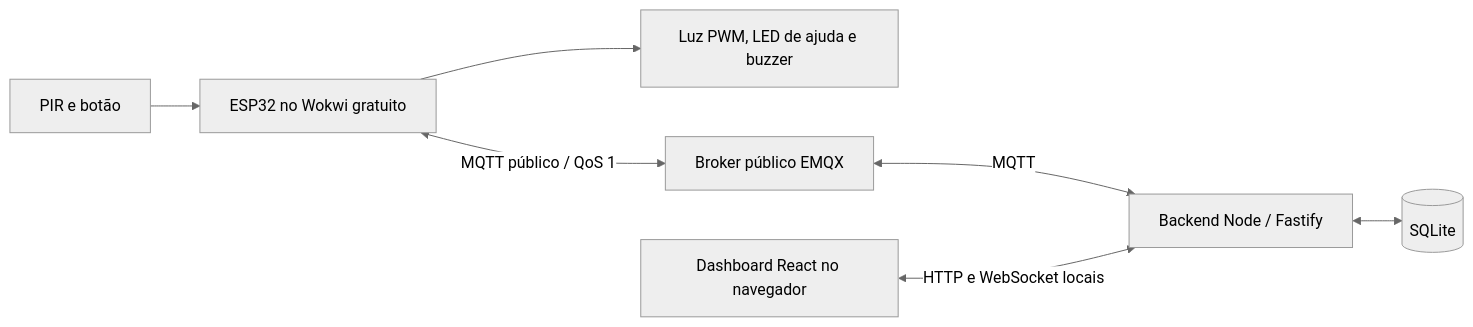
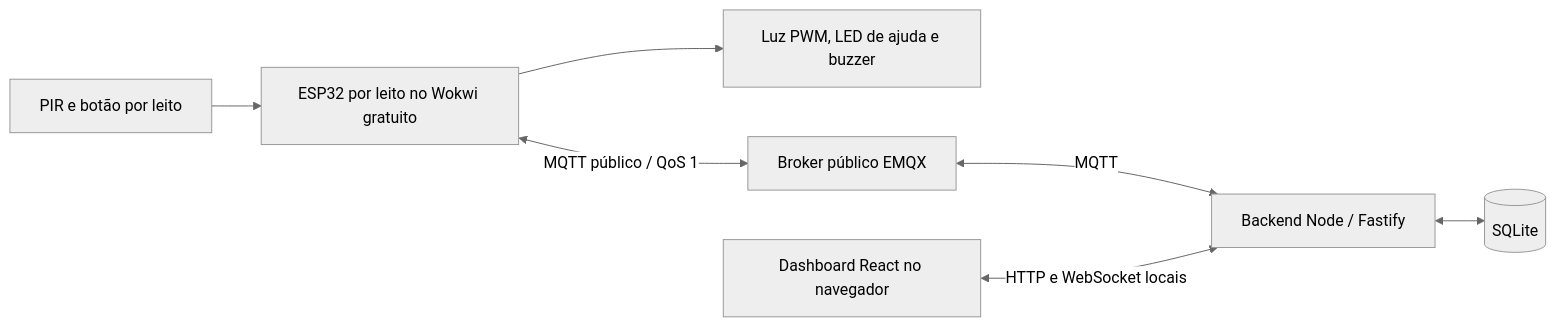
The diagram in README.md (4hoshua/NightCare), drawn with Mermaid (neutral theme) before and after one commit. The commit also changed other lines of this file and 32 other files, not shown here.

Commit message:
feat: adiciona dispositivos por leito e manuais separados

````diff
--- a/README.md
+++ b/README.md
@@ -92,9 +117,9 @@
 ```mermaid
 flowchart LR
-  PIR[PIR e botão] --> ESP[ESP32 no Wokwi gratuito]
+  PIR[PIR e botão por leito] --> ESP[ESP32 por leito no Wokwi gratuito]
   ESP --> OUT[Luz PWM, LED de ajuda e buzzer]
   ESP <-->|MQTT público / QoS 1| BROKER[Broker público EMQX]
   BROKER <-->|MQTT| API[Backend Node / Fastify]
   API <--> DB[(SQLite)]
   UI[Dashboard React no navegador] <-->|HTTP e WebSocket locais| API
 ```
````
